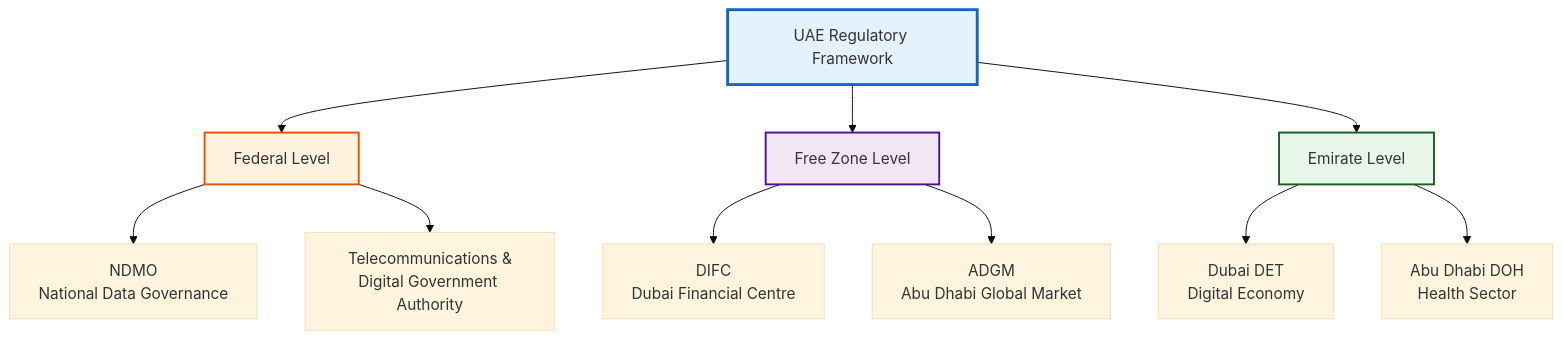
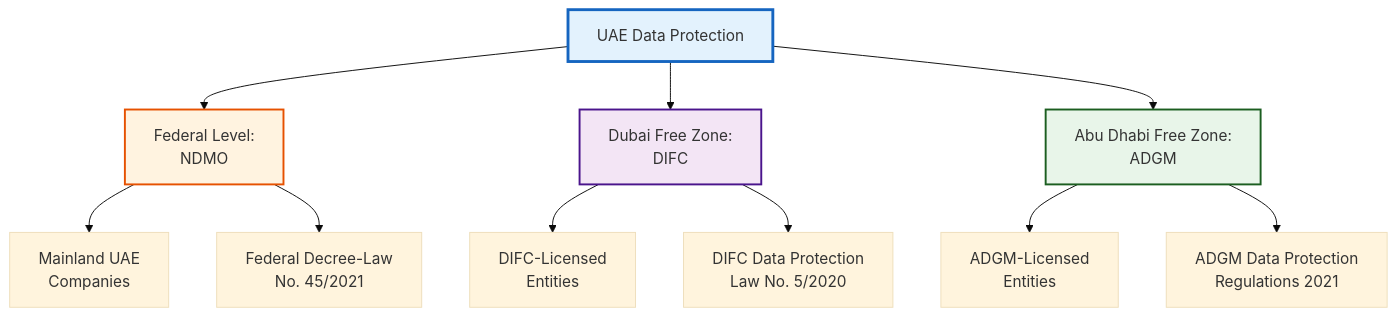
The diagram in docs/uae-regulatory-framework.md (ArjunFrancis/ComplyGuard-AI), drawn with Mermaid (base theme) before and after one commit. The commit also changed other lines of this file, not shown here.

Commit message:
docs: Add UAE regulatory framework analysis for regional market positioning

````diff
--- a/docs/uae-regulatory-framework.md
+++ b/docs/uae-regulatory-framework.md
@@ -32,20 +31,19 @@
 ```mermaid
 graph TB
-    A[UAE Regulatory Framework] --> B[Federal Level]
-    A --> C[Free Zone Level]
-    A --> D[Emirate Level]
+    A[UAE Data Protection] --> B[Federal Level:<br/>NDMO]
+    A --> C[Dubai Free Zone:<br/>DIFC]
+    A --> D[Abu Dhabi Free Zone:<br/>ADGM]
     
-    B --> E[NDMO<br/>National Data Governance]
-    B --> F[Telecommunications &<br/>Digital Government Authority]
+    B --> E[Mainland UAE<br/>Companies]
+    C --> F[DIFC-Licensed<br/>Entities]
+    D --> G[ADGM-Licensed<br/>Entities]
     
-    C --> G[DIFC<br/>Dubai Financial Centre]
-    C --> H[ADGM<br/>Abu Dhabi Global Market]
-    
-    D --> I[Dubai DET<br/>Digital Economy]
-    D --> J[Abu Dhabi DOH<br/>Health Sector]
+    B --> H[Federal Decree-Law<br/>No. 45/2021]
+    C --> I[DIFC Data Protection<br/>Law No. 5/2020]
+    D --> J[ADGM Data Protection<br/>Regulations 2021]
     
     style A fill:#e3f2fd,stroke:#1565c0,stroke-width:3px
     style B fill:#fff3e0,stroke:#e65100,stroke-width:2px
     style C fill:#f3e5f5,stroke:#4a148c,stroke-width:2px
     style D fill:#e8f5e9,stroke:#1b5e20,stroke-width:2px
 ```
````
